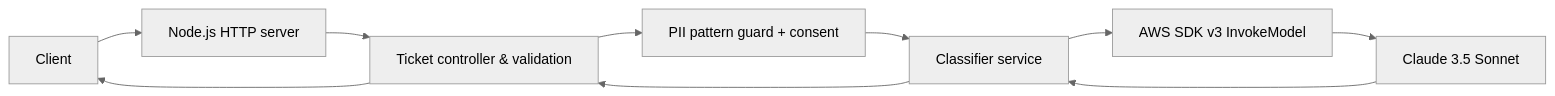
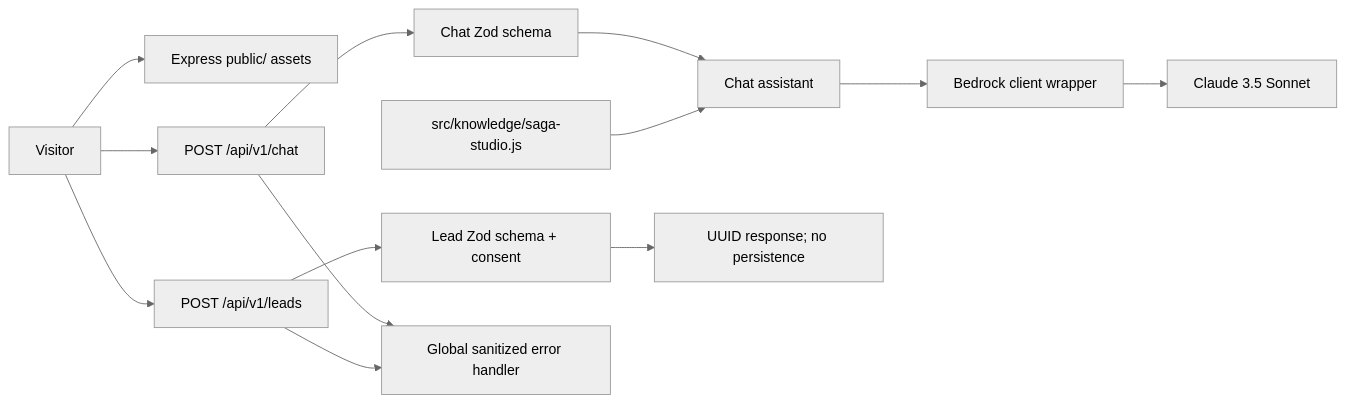
The diagram in README.md (fauzan727/AI-Enhanced-Web-Service), drawn with Mermaid (neutral theme) before and after one commit. The commit also changed other lines of this file and 25 other files, not shown here.

````diff
--- a/README.md
+++ b/README.md
@@ -114,12 +139,15 @@
 ```mermaid
 flowchart LR
-    Client --> NativeHTTP[Node.js HTTP server]
-    NativeHTTP --> Controller[Ticket controller & validation]
-    Controller --> PIIGuard[PII pattern guard + consent]
-    PIIGuard --> Classifier[Classifier service]
-    Classifier --> Bedrock[AWS SDK v3 InvokeModel]
-    Bedrock --> Claude[Claude 3.5 Sonnet]
-    Claude --> Classifier
-    Classifier --> Controller
-    Controller --> Client
+    Visitor --> Static[Express public/ assets]
+    Visitor --> ChatAPI[POST /api/v1/chat]
+    ChatAPI --> ZodChat[Chat Zod schema]
+    ZodChat --> Assistant[Chat assistant]
+    Knowledge[src/knowledge/saga-studio.js] --> Assistant
+    Assistant --> BedrockWrapper[Bedrock client wrapper]
+    BedrockWrapper --> Claude[Claude 3.5 Sonnet]
+    Visitor --> LeadAPI[POST /api/v1/leads]
+    LeadAPI --> ZodLead[Lead Zod schema + consent]
+    ZodLead --> LeadService[UUID response; no persistence]
+    ChatAPI --> Errors[Global sanitized error handler]
+    LeadAPI --> Errors
 ```
````
